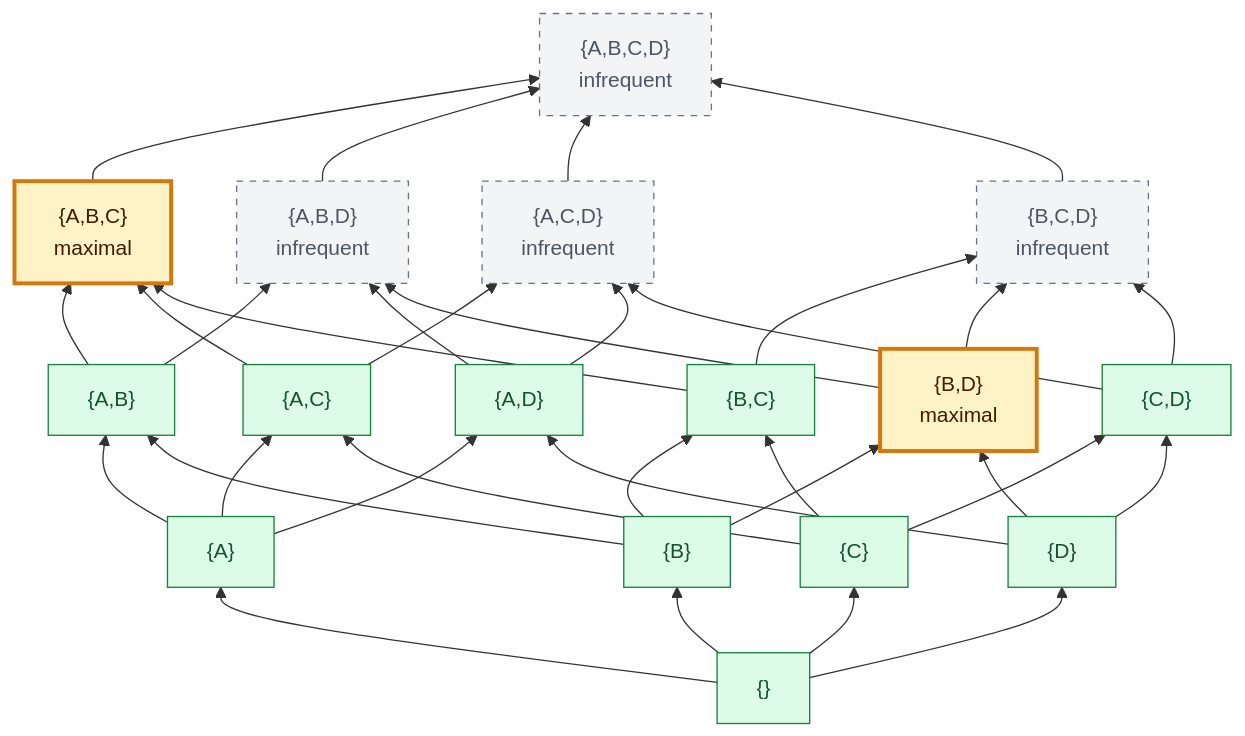
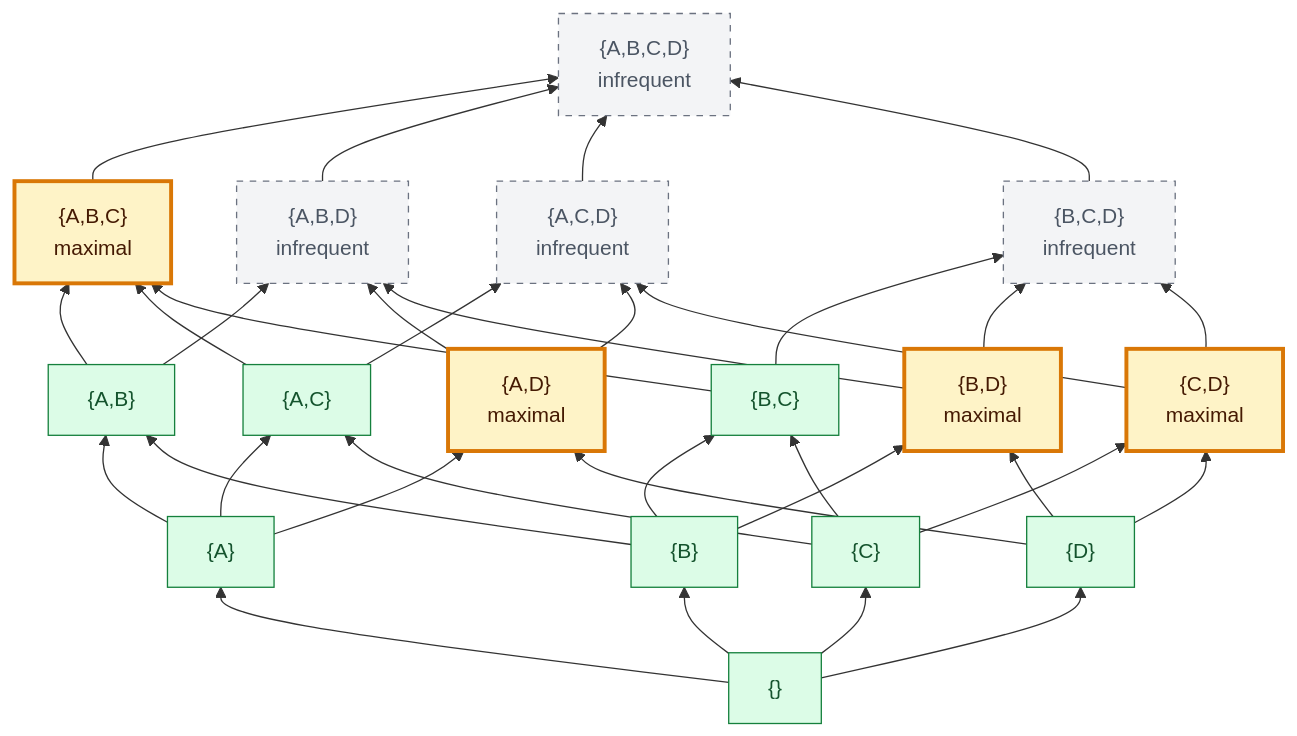
The third of 6 diagrams in slides/07-association.qmd (w4bo/AA2627-unibo-mldm), drawn with Mermaid before and after one commit. The commit also changed other lines of this file, not shown here.

Commit message:
fix: error in maximal itemset chart

````diff
--- a/slides/07-association.qmd
+++ b/slides/07-association.qmd
@@ -460,65 +434,65 @@
 ```{mermaid}
 %%| echo: false
 
 flowchart BT
   empty["{}"]
 
   A["{A}"]
   B["{B}"]
   C["{C}"]
   D["{D}"]
 
   AB["{A,B}"]
   AC["{A,C}"]
-  AD["{A,D}"]
+  AD["{A,D}<br/>maximal"]
   BC["{B,C}"]
   BD["{B,D}<br/>maximal"]
-  CD["{C,D}"]
+  CD["{C,D}<br/>maximal"]
 
   ABC["{A,B,C}<br/>maximal"]
   ABD["{A,B,D}<br/>infrequent"]
   ACD["{A,C,D}<br/>infrequent"]
   BCD["{B,C,D}<br/>infrequent"]
 
   ABCD["{A,B,C,D}<br/>infrequent"]
 
   empty --> A
   empty --> B
   empty --> C
   empty --> D
   A --> AB
   A --> AC
   A --> AD
   B --> AB
   B --> BC
   B --> BD
   C --> AC
   C --> BC
   C --> CD
   D --> AD
   D --> BD
   D --> CD
   AB --> ABC
   AB --> ABD
   AC --> ABC
   AC --> ACD
   AD --> ABD
   AD --> ACD
   BC --> ABC
   BC --> BCD
   BD --> ABD
   BD --> BCD
   CD --> ACD
   CD --> BCD
   ABC --> ABCD
   ABD --> ABCD
   ACD --> ABCD
   BCD --> ABCD
 
   classDef frequent fill:#dcfce7,stroke:#15803d,color:#14532d
   classDef infrequent fill:#f3f4f6,stroke:#6b7280,color:#4b5563,stroke-dasharray: 5 5
   classDef maximal fill:#fef3c7,stroke:#d97706,color:#451a03,stroke-width:3px
-  class empty,A,B,C,D,AB,AC,AD,BC,CD frequent
-  class BD,ABC maximal
+  class empty,A,B,C,D,AB,AC,BC frequent
+  class AD,BD,CD,ABC maximal
   class ABD,ACD,BCD,ABCD infrequent
 ```
````
